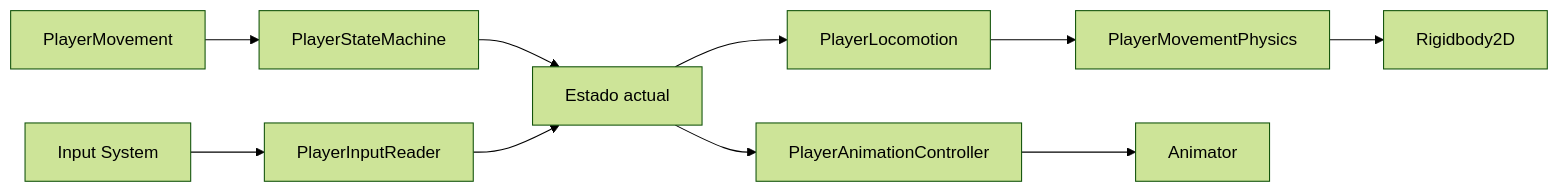
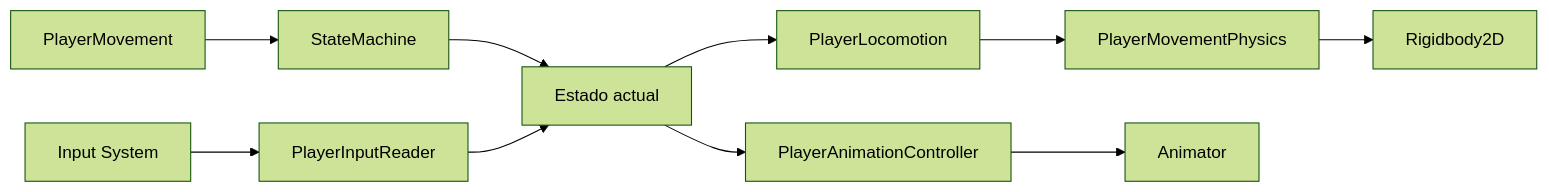
Before and after one commit to luc4s92/Parcial2-programacion: the first of 2 diagrams in Assets/Scripts/Player/README.md, drawn with Mermaid (forest theme). The commit also changed other lines of this file and 14 other files, not shown here.

````diff
--- a/Assets/Scripts/Player/README.md
+++ b/Assets/Scripts/Player/README.md
@@ -9,12 +9,12 @@
 ```mermaid
 flowchart LR
     InputSystem[Input System] --> InputReader[PlayerInputReader]
-    PlayerMovement[PlayerMovement] --> StateMachine[PlayerStateMachine]
+    PlayerMovement[PlayerMovement] --> StateMachine[StateMachine]
     StateMachine --> CurrentState[Estado actual]
     InputReader --> CurrentState
     CurrentState --> Locomotion[PlayerLocomotion]
     Locomotion --> Physics[PlayerMovementPhysics]
     Physics --> Rigidbody[Rigidbody2D]
     CurrentState --> Animation[PlayerAnimationController]
     Animation --> Animator[Animator]
 ```
````
